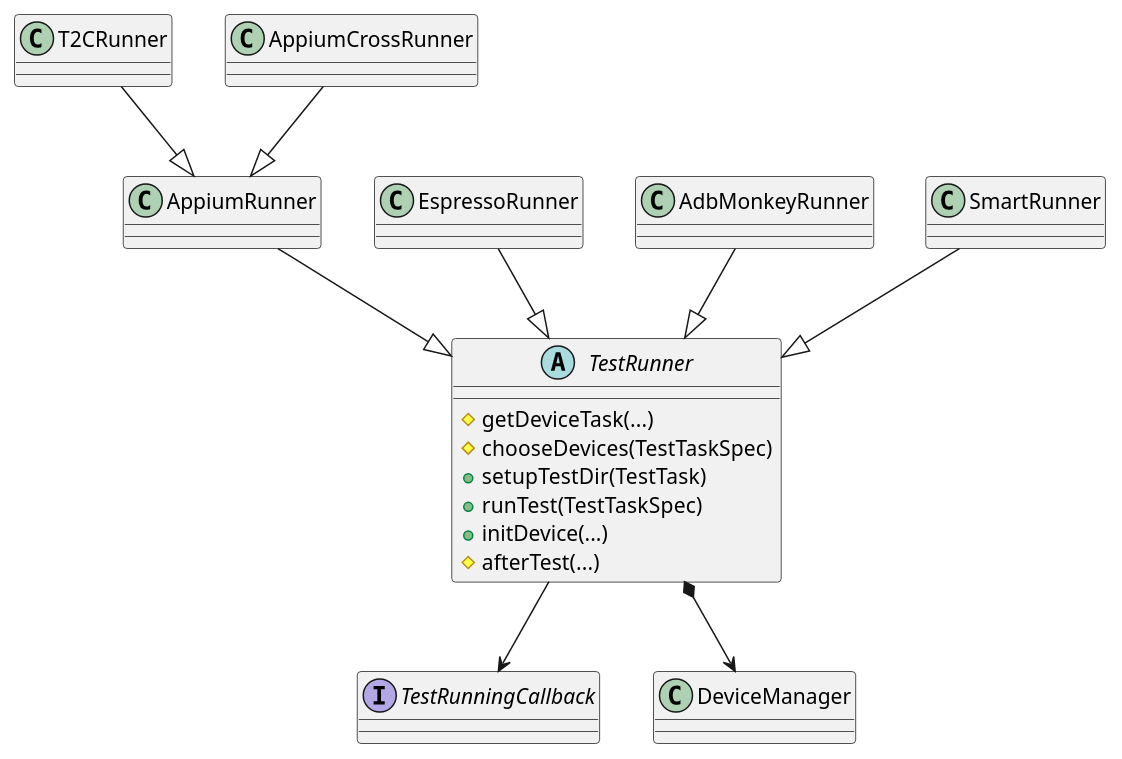
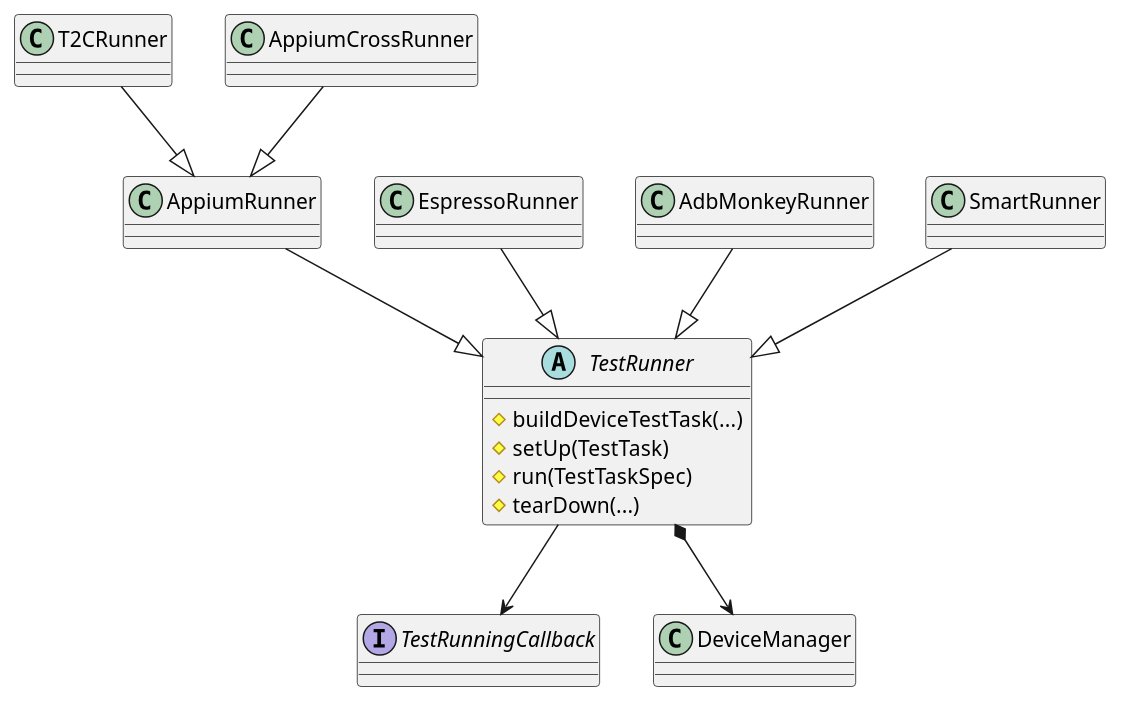
One commit to microsoft/HydraLab changed the first of 6 diagrams in agent/doc/UML/test_runner_design.puml. Above: the diagram before and after it, drawn with PlantUML. The commit also changed other lines of this file and 17 other files, not shown here.

First line of the commit message:
TestRunner refactor round 2, keep decoupling and build test lifecycle: buildDeviceTestTask -> setUp -> run -> tearDown (#181)

```diff
--- a/agent/doc/UML/test_runner_design.puml
+++ b/agent/doc/UML/test_runner_design.puml
@@ -1,23 +1,21 @@
 @startuml test_runners_classes
 abstract class TestRunner {
-    #getDeviceTask(...)
-    #chooseDevices(TestTaskSpec)
-    +setupTestDir(TestTask)
-    +runTest(TestTaskSpec)
-    +initDevice(...)
-    #afterTest(...)
+    #buildDeviceTestTask(...)
+    #setUp(TestTask)
+    #run(TestTaskSpec)
+    #tearDown(...)
 }
 interface TestRunningCallback
 
 AppiumRunner --|> TestRunner
 EspressoRunner --|> TestRunner
 AdbMonkeyRunner --|> TestRunner
 T2CRunner --|> AppiumRunner
 SmartRunner --|> TestRunner
 
 TestRunner --> TestRunningCallback
 
 TestRunner *--> DeviceManager
 
 AppiumCrossRunner --|> AppiumRunner
 @enduml
```
